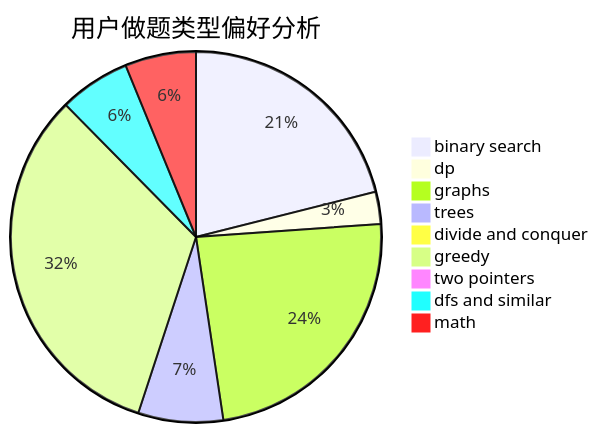
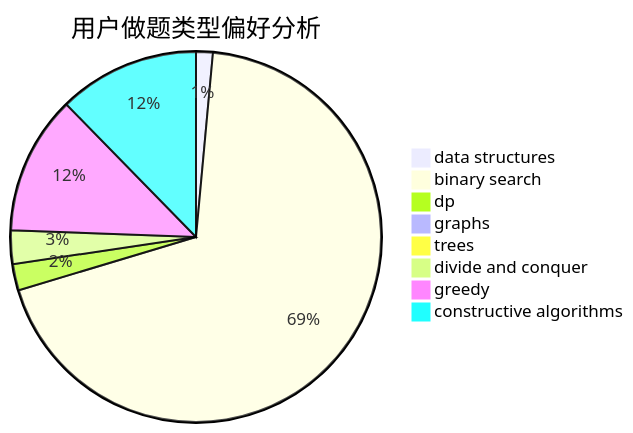
One commit to sherpahu/cfrs.github.io changed the second of 3 diagrams in docs/user/u1727.md. Above: the diagram before and after it, drawn with Mermaid. The commit also changed other lines of this file and 2775 other files, not shown here.

````diff
--- a/docs/user/u1727.md
+++ b/docs/user/u1727.md
@@ -23,12 +23,11 @@
 ```mermaid
 pie title 用户做题类型偏好分析
+    "data structures" :  7
     "binary search" :  330
-    "dp" :  44
-    "graphs" :  372
-    "trees" :  116
+    "dp" :  11
+    "graphs" :  0
+    "trees" :  0
     "divide and conquer" :  14
-    "greedy" :  510
-    "two pointers" :  0
-    "dfs and similar" :  97
-    "math" :  97
+    "greedy" :  58
+    "constructive algorithms" :  59
 ```
````
